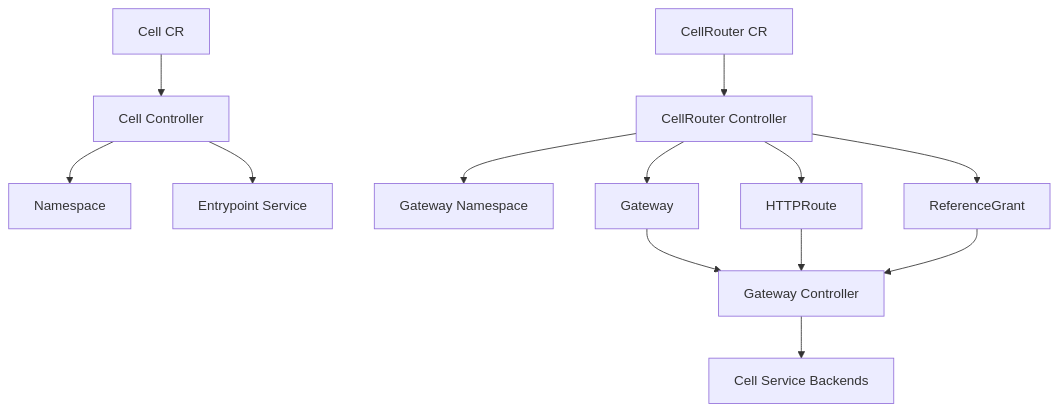
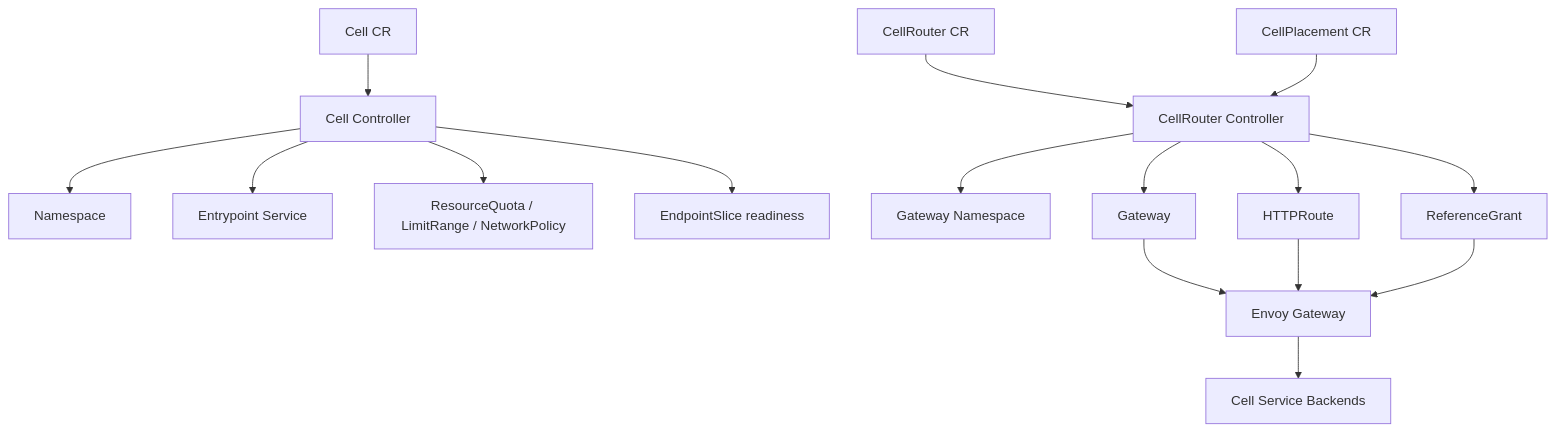
Before and after one commit to robisson/cell-router-operator: the diagram in README.md, drawn with Mermaid. The commit also changed other lines of this file and 1 other file, not shown here.

````diff
--- a/README.md
+++ b/README.md
@@ -60,17 +57,20 @@
 ```mermaid
 graph TD
     A[Cell CR] --> B[Cell Controller]
     B --> C[Namespace]
     B --> D[Entrypoint Service]
+    B --> E[ResourceQuota / LimitRange / NetworkPolicy]
+    B --> F[EndpointSlice readiness]
 
-    E[CellRouter CR] --> F[CellRouter Controller]
-    F --> G[Gateway Namespace]
-    F --> H[Gateway]
-    F --> I[HTTPRoute]
-    F --> J[ReferenceGrant]
+    G[CellRouter CR] --> H[CellRouter Controller]
+    I[CellPlacement CR] --> H
+    H --> J[Gateway Namespace]
+    H --> K[Gateway]
+    H --> L[HTTPRoute]
+    H --> M[ReferenceGrant]
 
-    H --> K[Gateway Controller]
-    I --> K
-    J --> K
-    K --> L[Cell Service Backends]
+    K --> N[Envoy Gateway]
+    L --> N
+    M --> N
+    N --> O[Cell Service Backends]
 ```
````
